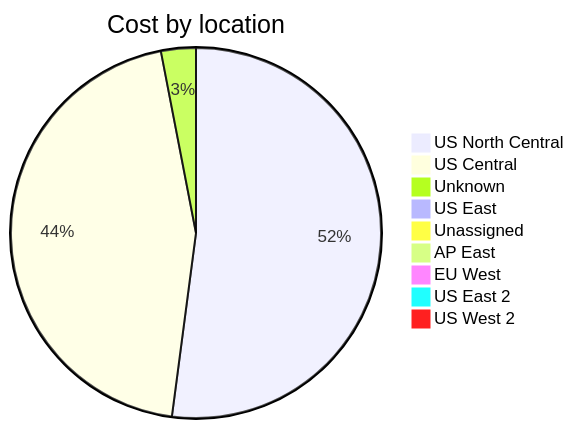
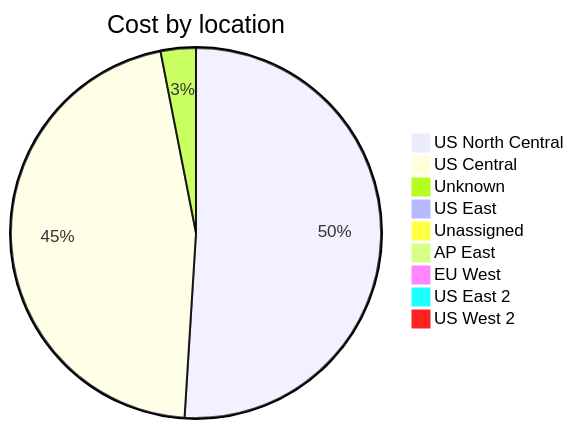
One commit to jpfulton/azure-personal-reports changed the third of 4 diagrams in cost-reports/accumulated-cost.md. Above: the diagram before and after it, drawn with Mermaid. The commit also changed other lines of this file and 4 other files, not shown here.

````diff
--- a/cost-reports/accumulated-cost.md
+++ b/cost-reports/accumulated-cost.md
@@ -131,13 +131,13 @@
 ```mermaid
 pie
    title Cost by location
    "US North Central" : 15.77
-   "US Central" : 13.59
-   "Unknown" : 0.92
-   "US East" : 0.22
+   "US Central" : 14.21
+   "Unknown" : 0.95
+   "US East" : 0.23
    "Unassigned" : 0.10
    "AP East" : 0.00
    "EU West" : 0.00
    "US East 2" : 0.00
    "US West 2" : 0.00
 ```
````
